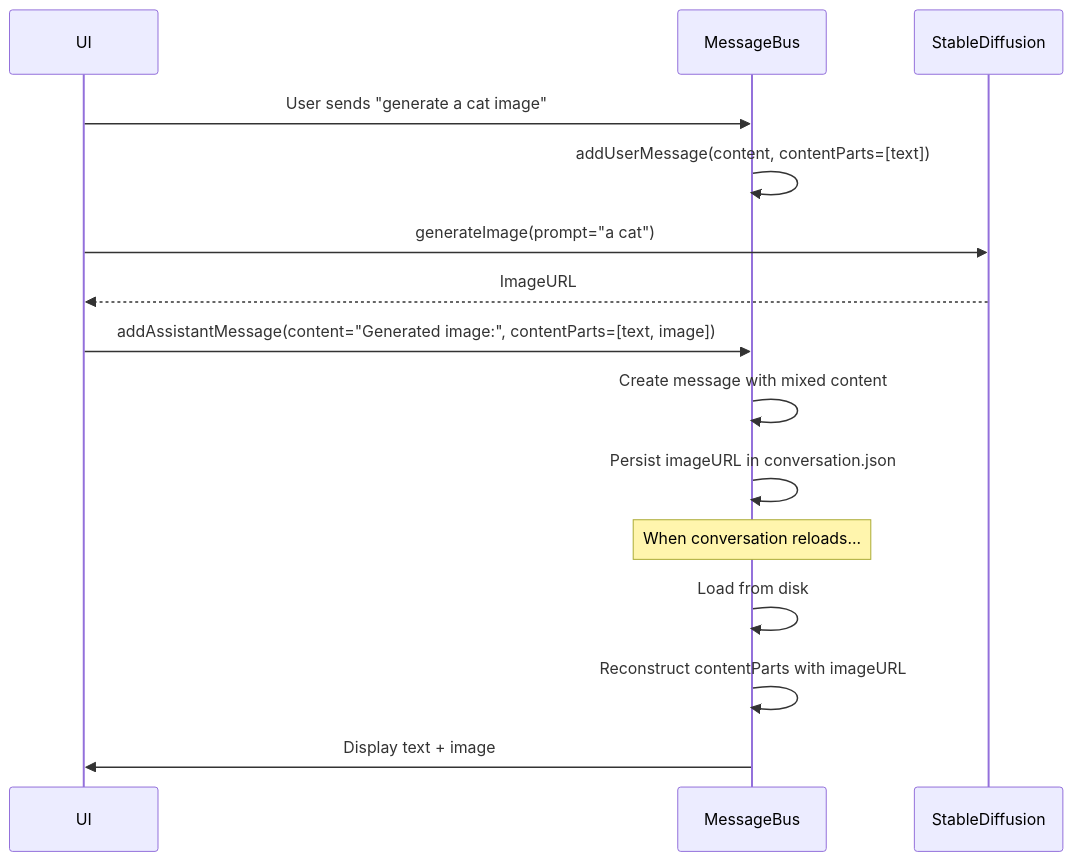
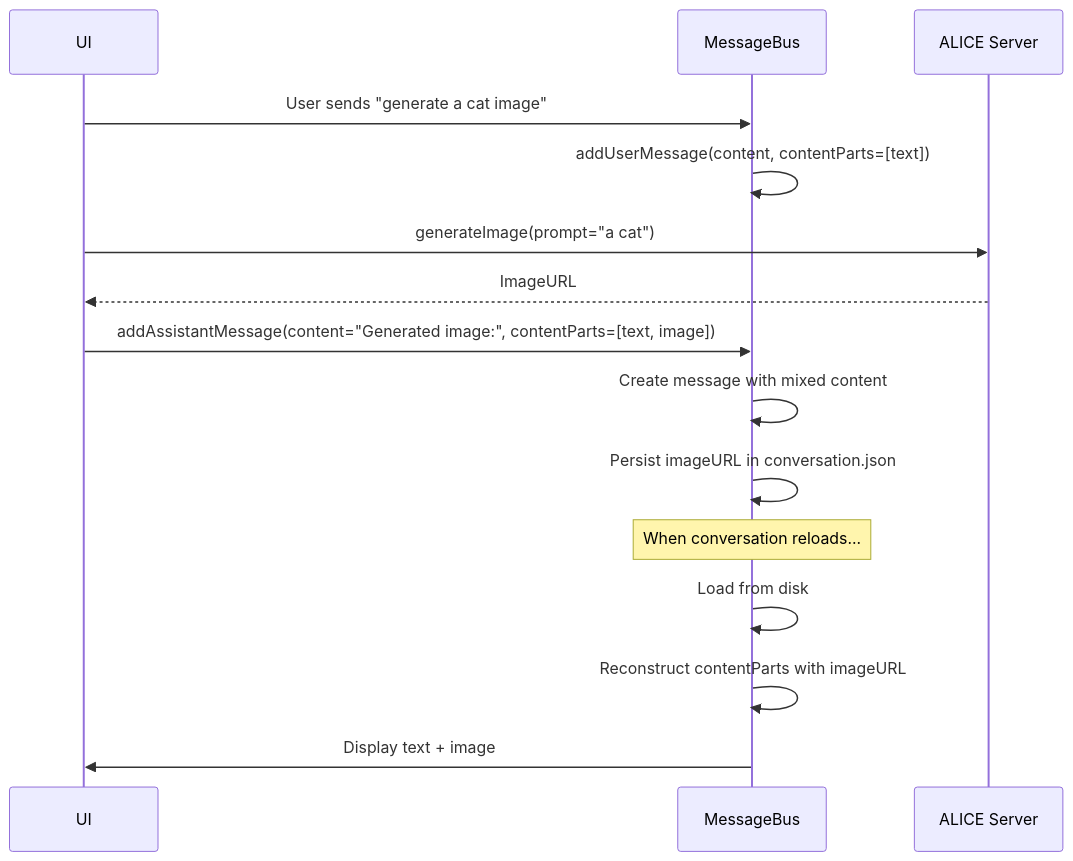
One commit to SyntheticAutonomicMind/SAM changed the seventh of 8 diagrams in project-docs/flows/message_flow.md. Above: the diagram before and after it, drawn with Mermaid. The commit also changed 184 other files, not shown here.

````diff
--- a/project-docs/flows/message_flow.md
+++ b/project-docs/flows/message_flow.md
@@ -564,23 +564,23 @@
 ```mermaid
 sequenceDiagram
     participant UI
     participant MB as MessageBus
-    participant SD as StableDiffusion
+    participant ALICE as ALICE Server
 
     UI->>MB: User sends "generate a cat image"
     MB->>MB: addUserMessage(content, contentParts=[text])
     
-    UI->>SD: generateImage(prompt="a cat")
-    SD-->>UI: ImageURL
+    UI->>ALICE: generateImage(prompt="a cat")
+    ALICE-->>UI: ImageURL
     
     UI->>MB: addAssistantMessage(content="Generated image:", contentParts=[text, image])
     
     MB->>MB: Create message with mixed content
     MB->>MB: Persist imageURL in conversation.json
     
     Note over MB: When conversation reloads...
     
     MB->>MB: Load from disk
     MB->>MB: Reconstruct contentParts with imageURL
     MB->>UI: Display text + image
 ```
````
